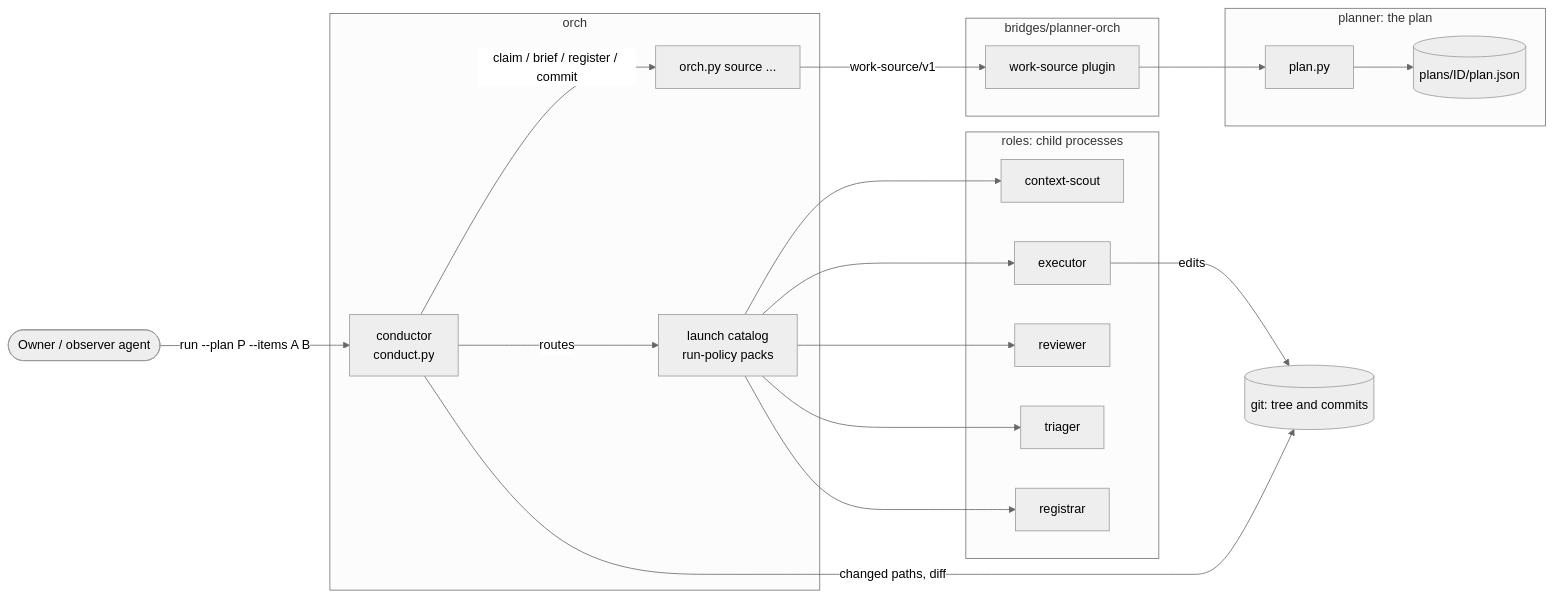
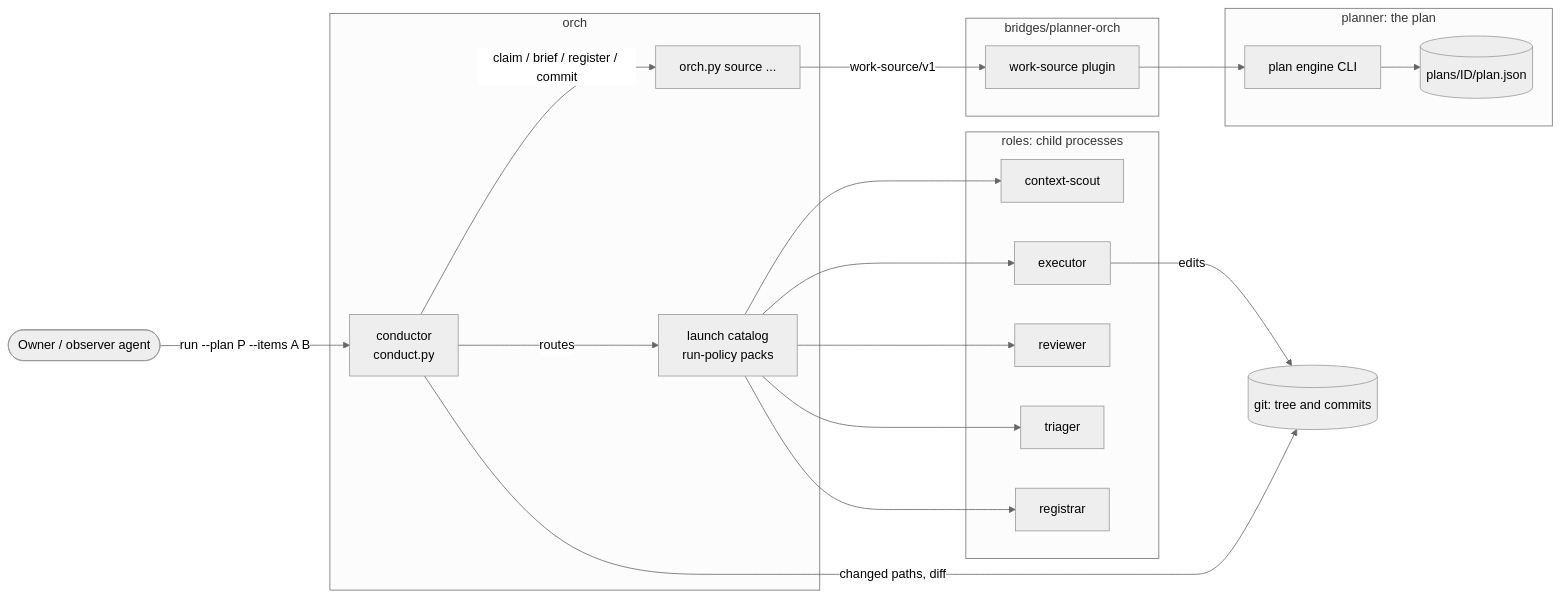
The first of 11 diagrams in packages/orch/docs/flows.md (academici/swissknifeman), drawn with Mermaid (neutral theme) before and after one commit. The commit also changed other lines of this file, not shown here.

Commit message:
fix(orch): страница flows не называет команду движка плана (граница модуля)

````diff
--- a/packages/orch/docs/flows.md
+++ b/packages/orch/docs/flows.md
@@ -9,33 +9,33 @@
 ```mermaid
 flowchart LR
   owner([Owner / observer agent])
   subgraph planner [planner: the plan]
     plan[(plans/ID/plan.json)]
-    planpy[plan.py]
+    planpy[plan engine CLI]
   end
   subgraph bridge [bridges/planner-orch]
     ws[work-source plugin]
   end
   subgraph orch [orch]
     conductor[conductor<br/>conduct.py]
     source[orch.py source ...]
     catalog[launch catalog<br/>run-policy packs]
   end
   subgraph roles [roles: child processes]
     scout[context-scout]
     executor[executor]
     reviewer[reviewer]
     triager[triager]
     registrar[registrar]
   end
   git[(git: tree and commits)]
 
   owner -- "run --plan P --items A B" --> conductor
   conductor -- "claim / brief / register / commit" --> source
   source -- "work-source/v1" --> ws
   ws --> planpy --> plan
   conductor -- "routes" --> catalog
   catalog --> scout & executor & reviewer & triager & registrar
   executor -- "edits" --> git
   conductor -- "changed paths, diff" --> git
 ```
````
